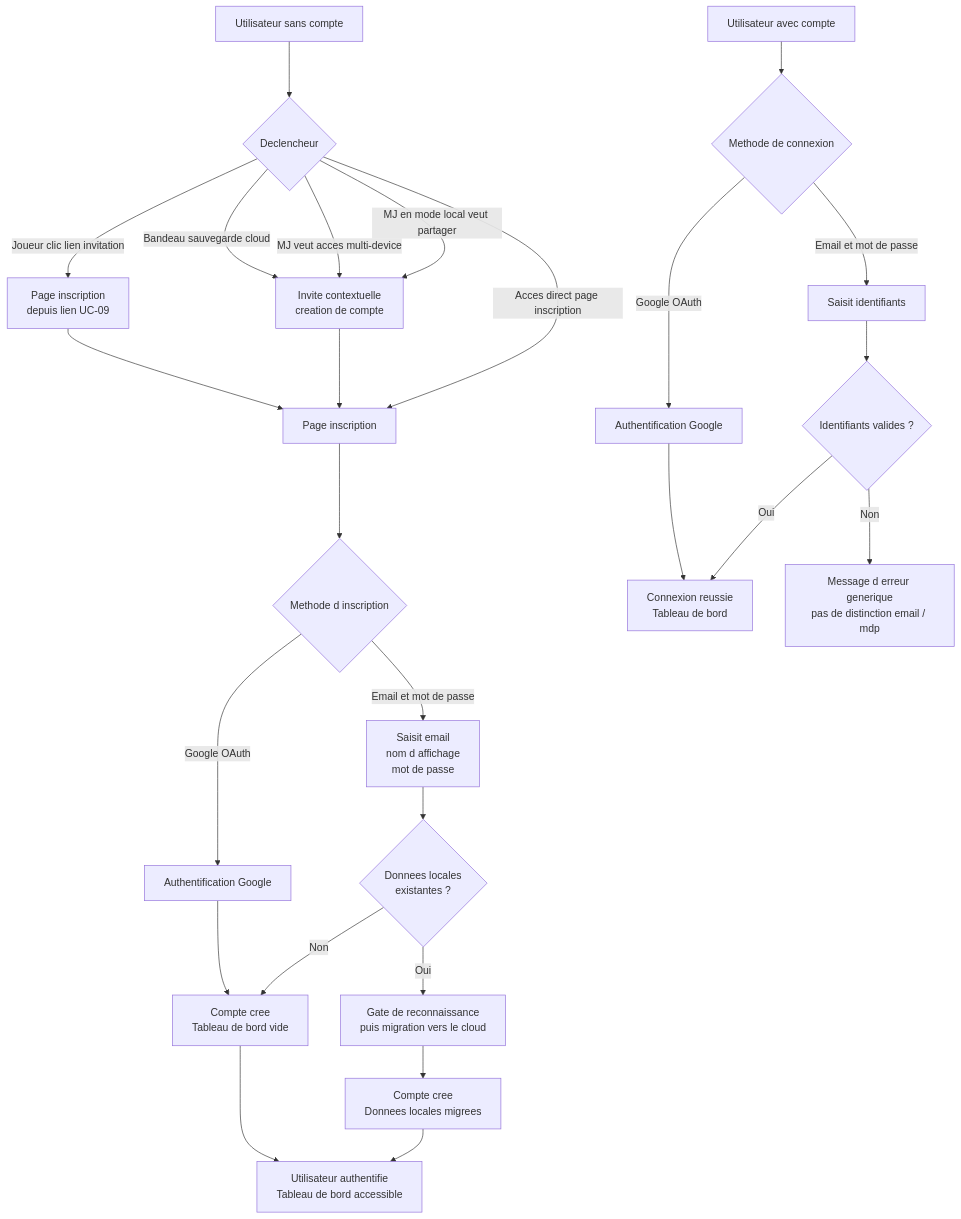
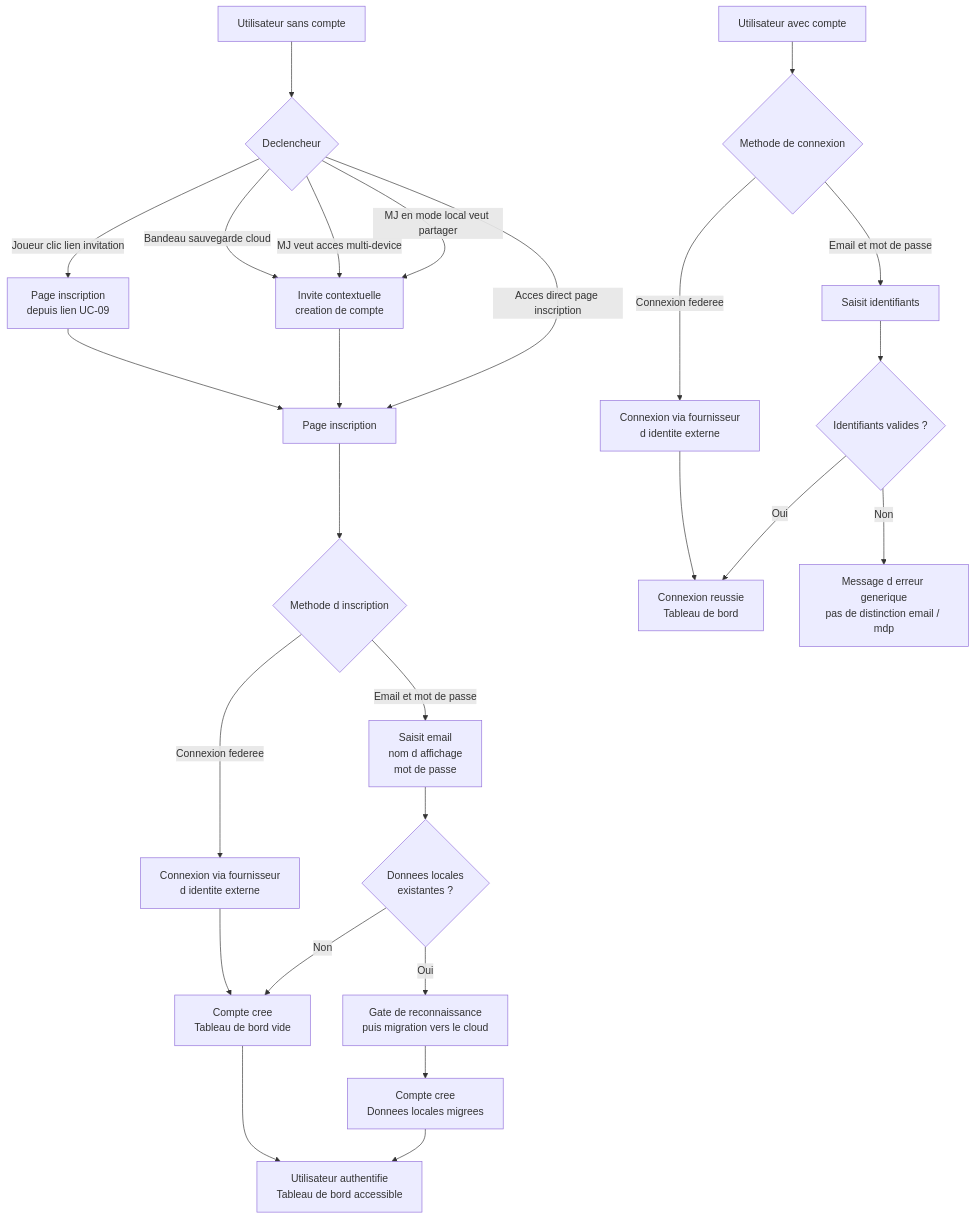
One commit to 2025-10-CDA-ECO-P6/PM-micro-saas changed the first of 2 diagrams in docs/conception/user-stories/US-UC-10-compte-cloud.md. Above: the diagram before and after it, drawn with Mermaid. The commit also changed other lines of this file and 52 other files, not shown here.

````diff
--- a/docs/conception/user-stories/US-UC-10-compte-cloud.md
+++ b/docs/conception/user-stories/US-UC-10-compte-cloud.md
@@ -57,36 +59,36 @@
 ```mermaid
 flowchart TD
     A[Utilisateur sans compte] --> B{Declencheur}
 
     B -->|MJ en mode local veut partager| C[Invite contextuelle\ncreation de compte]
     B -->|MJ veut acces multi-device| C
     B -->|Bandeau sauvegarde cloud| C
     B -->|Joueur clic lien invitation| D[Page inscription\ndepuis lien UC-09]
     B -->|Acces direct page inscription| E[Page inscription]
 
     C --> E
     D --> E
 
     E --> F{Methode d inscription}
     F -->|Email et mot de passe| G[Saisit email\nnom d affichage\nmot de passe]
-    F -->|Google OAuth| H[Authentification Google]
+    F -->|Connexion federee| H[Connexion via fournisseur\nd identite externe]
 
     G --> I{Donnees locales\nexistantes ?}
     I -->|Oui| J[Gate de reconnaissance\npuis migration vers le cloud]
     I -->|Non| K[Compte cree\nTableau de bord vide]
     J --> L[Compte cree\nDonnees locales migrees]
     H --> K
 
     L --> M[Utilisateur authentifie\nTableau de bord accessible]
     K --> M
 
     N[Utilisateur avec compte] --> O{Methode de connexion}
     O -->|Email et mot de passe| P[Saisit identifiants]
-    O -->|Google OAuth| Q[Authentification Google]
+    O -->|Connexion federee| Q[Connexion via fournisseur\nd identite externe]
 
     P --> R{Identifiants valides ?}
     R -->|Oui| S[Connexion reussie\nTableau de bord]
     R -->|Non| T[Message d erreur generique\npas de distinction email / mdp]
 
     Q --> S
 ```
````
